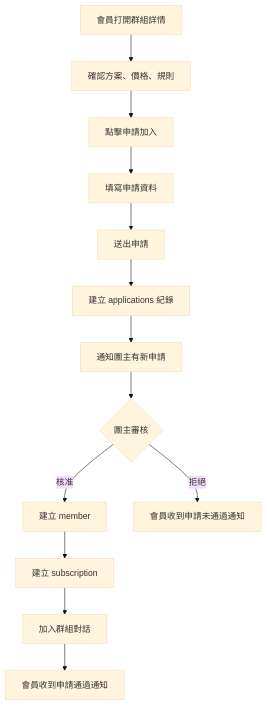
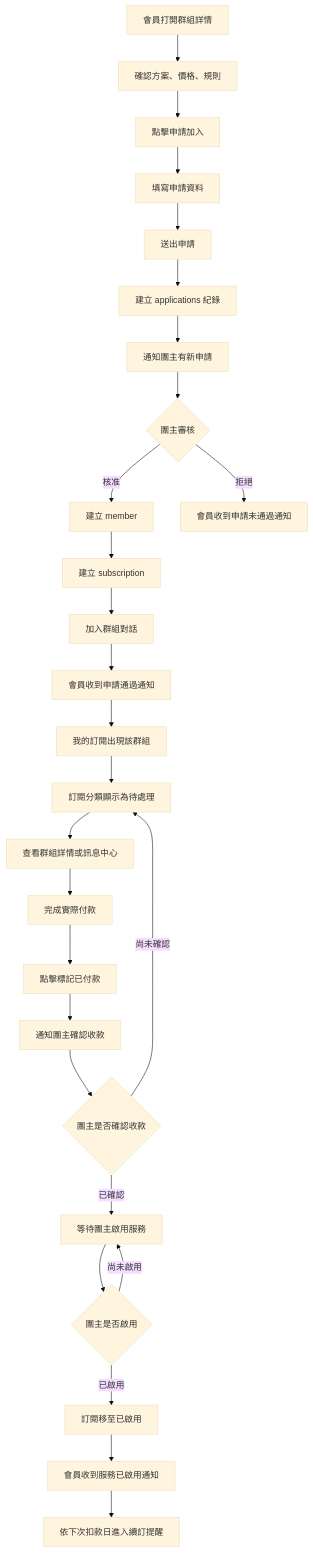
One commit to s1092055/PartyMatch changed the second of 6 diagrams in README.md. Above: the diagram before and after it, drawn with Mermaid (base theme). The commit also changed other lines of this file, not shown here.

Commit message:
docs: 更新 README 反映訊息中心修正、防呆機制與 demo 資料分離

````diff
--- a/README.md
+++ b/README.md
@@ -149,15 +149,29 @@
 ```mermaid
 flowchart TD
   A[會員打開群組詳情] --> B[確認方案、價格、規則]
   B --> C[點擊申請加入]
   C --> D[填寫申請資料]
   D --> E[送出申請]
   E --> F[建立 applications 紀錄]
   F --> G[通知團主有新申請]
   G --> H{團主審核}
   H -->|核准| I[建立 member]
   I --> J[建立 subscription]
   J --> K[加入群組對話]
   K --> L[會員收到申請通過通知]
-  H -->|拒絕| M[會員收到申請未通過通知]
+  L --> M[我的訂閱出現該群組]
+  M --> N[訂閱分類顯示為待處理]
+  N --> O[查看群組詳情或訊息中心]
+  O --> P[完成實際付款]
+  P --> Q[點擊標記已付款]
+  Q --> R[通知團主確認收款]
+  R --> S{團主是否確認收款}
+  S -->|尚未確認| N
+  S -->|已確認| T[等待團主啟用服務]
+  T --> U{團主是否啟用}
+  U -->|尚未啟用| T
+  U -->|已啟用| V[訂閱移至已啟用]
+  V --> W[會員收到服務已啟用通知]
+  W --> X[依下次扣款日進入續訂提醒]
+  H -->|拒絕| Y[會員收到申請未通過通知]
 ```
````
